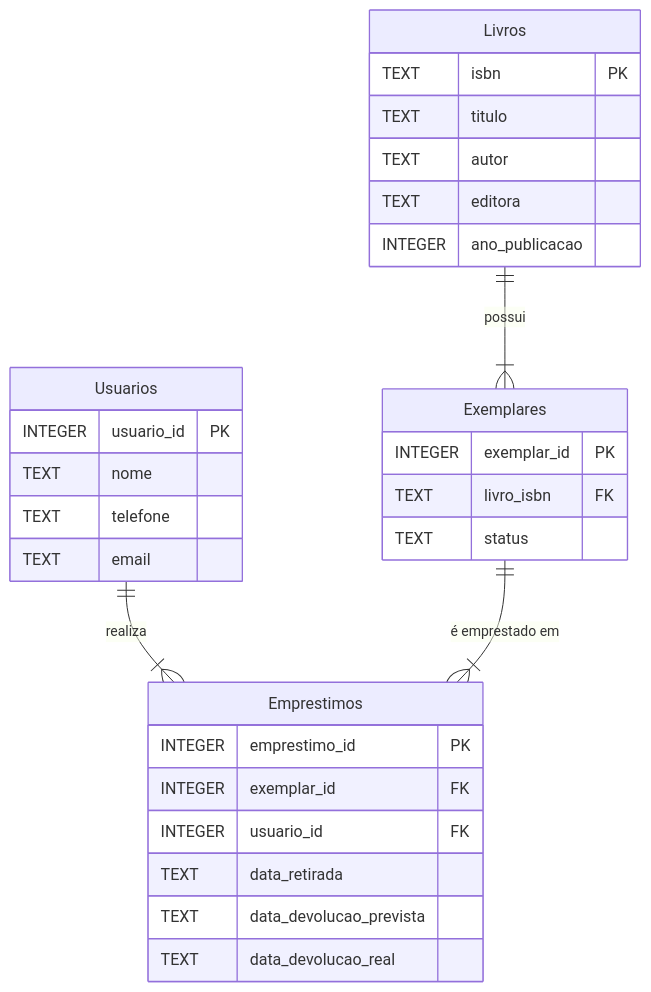
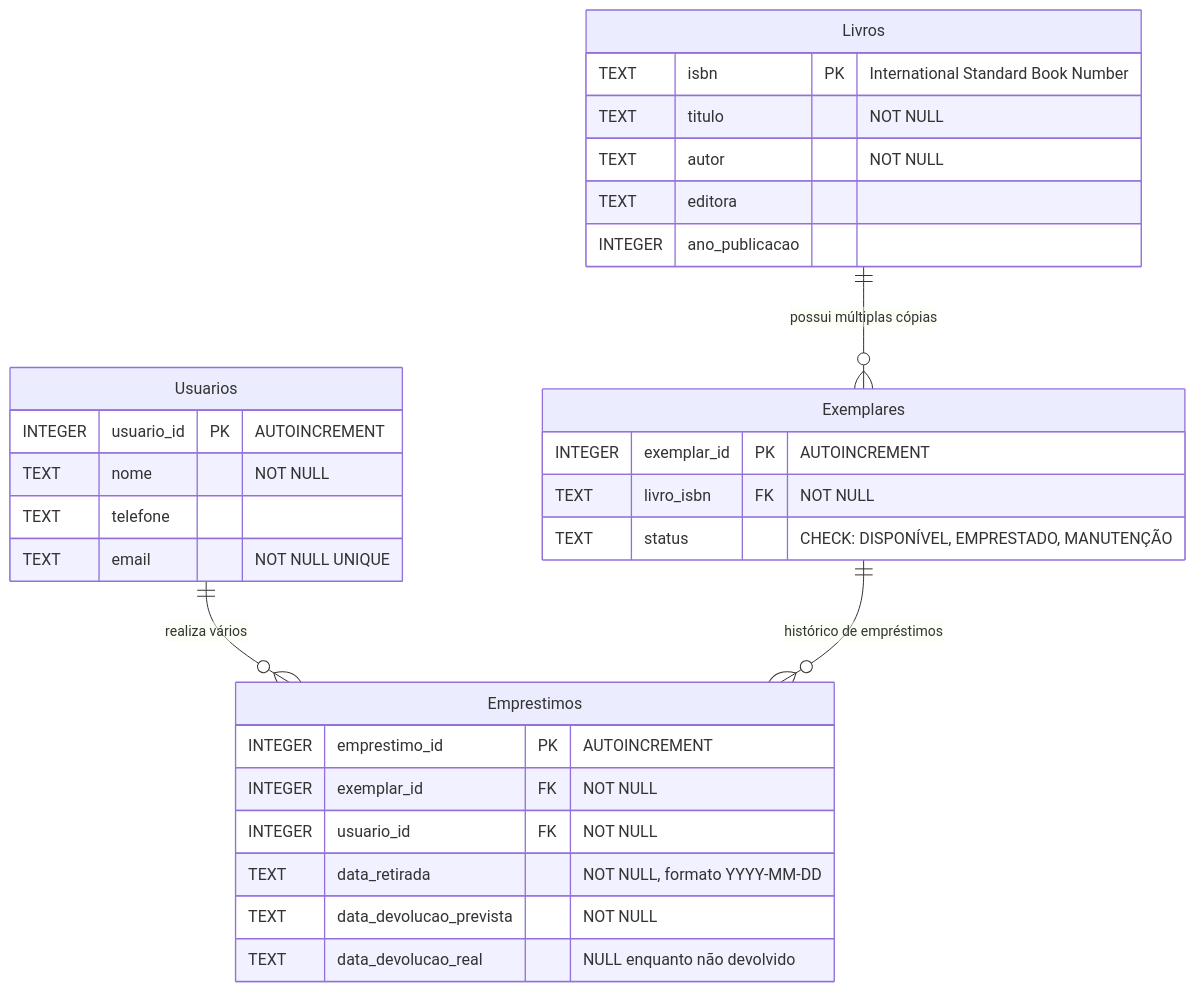
The diagram in diagramas/mer_1_biblioteca.md (Gabriel-Freitas-S/db-modeling-c2), drawn with Mermaid before and after one commit. The commit also changed other lines of this file, not shown here.

First line of the commit message:
Melhora documentação do diagrama MER da biblioteca com padrões profissionais

````diff
--- a/diagramas/mer_1_biblioteca.md
+++ b/diagramas/mer_1_biblioteca.md
@@ -3,33 +11,36 @@
 ```mermaid
 erDiagram
     Livros {
-        TEXT isbn PK
-        TEXT titulo
-        TEXT autor
+        TEXT isbn PK "International Standard Book Number"
+        TEXT titulo "NOT NULL"
+        TEXT autor "NOT NULL"
         TEXT editora
         INTEGER ano_publicacao
     }
+    
     Exemplares {
-        INTEGER exemplar_id PK
-        TEXT livro_isbn FK
-        TEXT status
+        INTEGER exemplar_id PK "AUTOINCREMENT"
+        TEXT livro_isbn FK "NOT NULL"
+        TEXT status "CHECK: DISPONÍVEL, EMPRESTADO, MANUTENÇÃO"
     }
+    
     Usuarios {
-        INTEGER usuario_id PK
-        TEXT nome
+        INTEGER usuario_id PK "AUTOINCREMENT"
+        TEXT nome "NOT NULL"
         TEXT telefone
-        TEXT email
+        TEXT email "NOT NULL UNIQUE"
     }
+    
     Emprestimos {
-        INTEGER emprestimo_id PK
-        INTEGER exemplar_id FK
-        INTEGER usuario_id FK
-        TEXT data_retirada
-        TEXT data_devolucao_prevista
-        TEXT data_devolucao_real
+        INTEGER emprestimo_id PK "AUTOINCREMENT"
+        INTEGER exemplar_id FK "NOT NULL"
+        INTEGER usuario_id FK "NOT NULL"
+        TEXT data_retirada "NOT NULL, formato YYYY-MM-DD"
+        TEXT data_devolucao_prevista "NOT NULL"
+        TEXT data_devolucao_real "NULL enquanto não devolvido"
     }
 
-    Livros ||--|{ Exemplares : "possui"
-    Usuarios ||--|{ Emprestimos : "realiza"
-    Exemplares ||--|{ Emprestimos : "é emprestado em"
+    Livros ||--o{ Exemplares : "possui múltiplas cópias"
+    Usuarios ||--o{ Emprestimos : "realiza vários"
+    Exemplares ||--o{ Emprestimos : "histórico de empréstimos"
 ```
````
